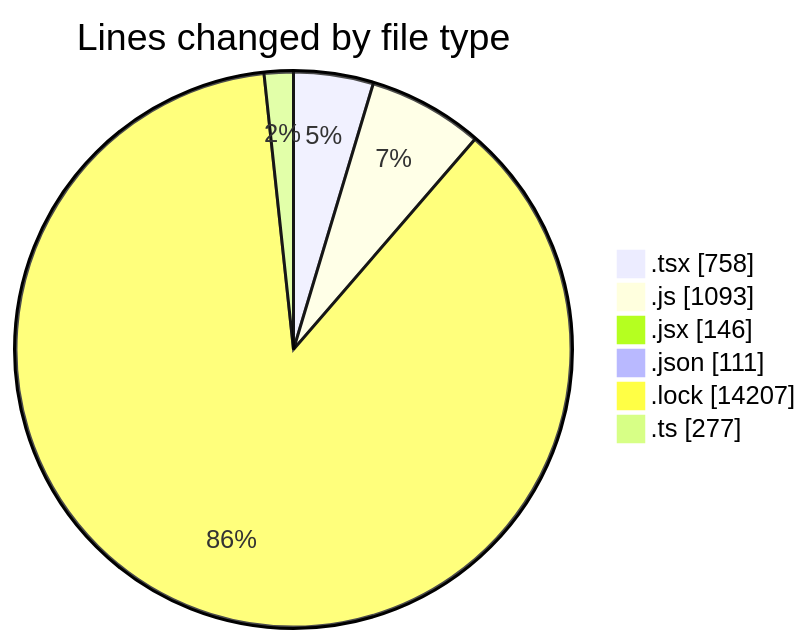
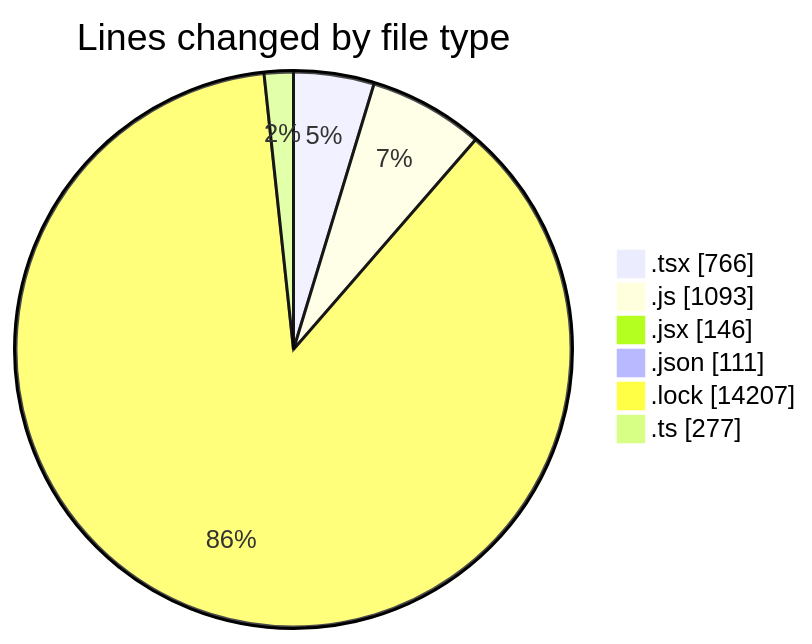
One commit to momahboobian/code-tracking changed the first of 2 diagrams in 2025-05-08/cda/README.md. Above: the diagram before and after it, drawn with Mermaid. The commit also changed other lines of this file and 1 other file, not shown here.

````diff
--- a/2025-05-08/cda/README.md
+++ b/2025-05-08/cda/README.md
@@ -36,10 +36,10 @@
 ```mermaid
 pie showData
 title Lines changed by file type
-".tsx" : 758
+".tsx" : 766
 ".js" : 1093
 ".jsx" : 146
 ".json" : 111
 ".lock" : 14207
 ".ts" : 277
 ```
````
